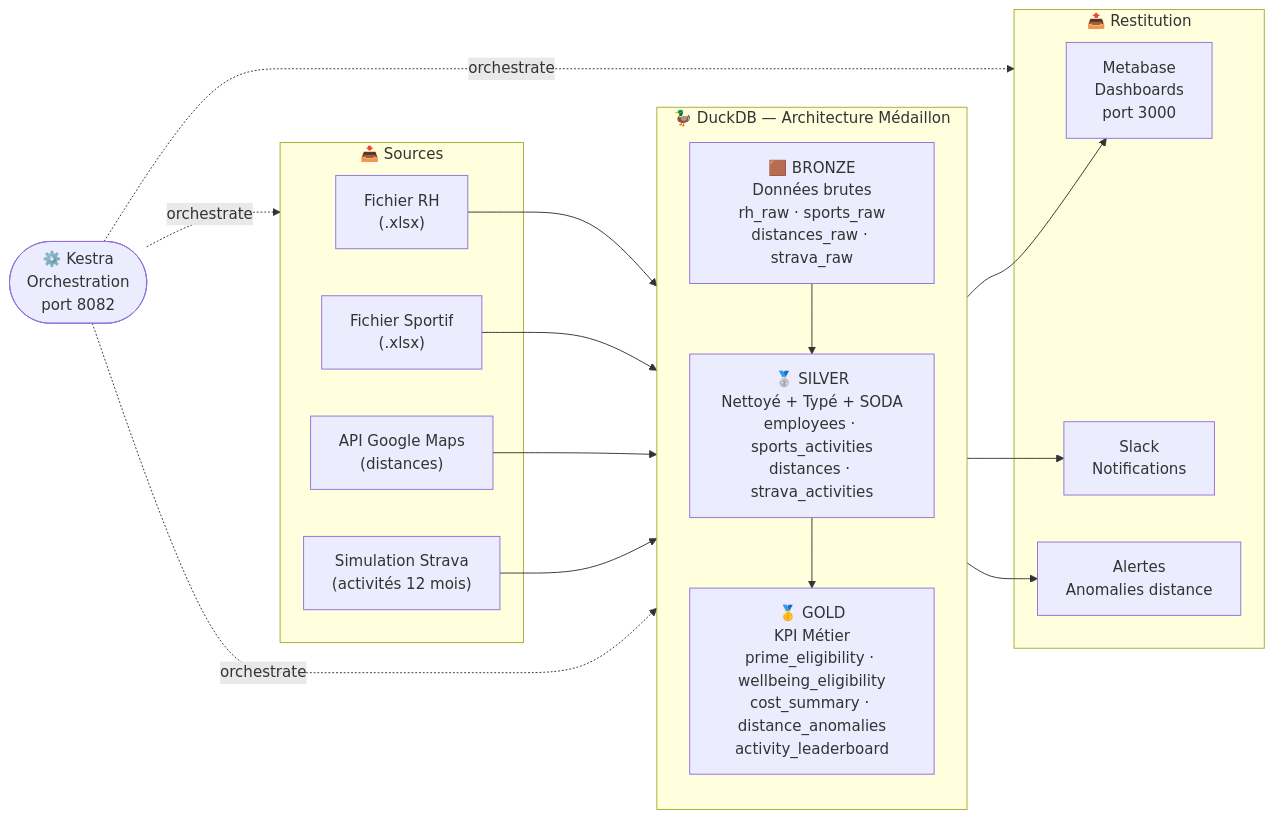
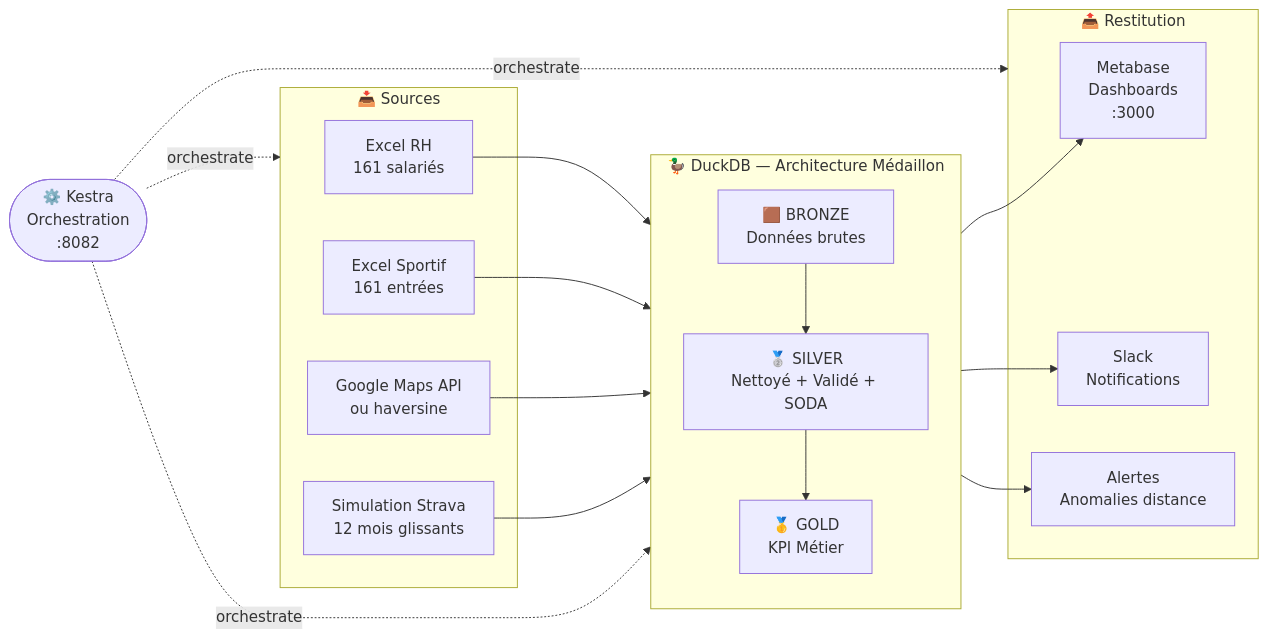
Before and after one commit to ASNIA33/poc-avantages-sportifs-scaffold: the first of 7 diagrams in README.md, drawn with Mermaid. The commit also changed other lines of this file, not shown here.

Commit message:
docs(readme): refonte complète avec navigation, badges, Mermaid et troubleshooting

````diff
--- a/README.md
+++ b/README.md
@@ -43,37 +75,33 @@
 ```mermaid
 flowchart LR
     subgraph Sources["📥 Sources"]
-        RH["Fichier RH\n(.xlsx)"]
-        Sports["Fichier Sportif\n(.xlsx)"]
-        GMaps["API Google Maps\n(distances)"]
-        Strava["Simulation Strava\n(activités 12 mois)"]
+        RH["Excel RH\n161 salariés"]
+        SP["Excel Sportif\n161 entrées"]
+        GM["Google Maps API\nou haversine"]
+        ST["Simulation Strava\n12 mois glissants"]
     end
 
     subgraph DuckDB["🦆 DuckDB — Architecture Médaillon"]
         direction TB
-        Bronze["🟫 BRONZE\nDonnées brutes\nrh_raw · sports_raw\ndistances_raw · strava_raw"]
-        Silver["🥈 SILVER\nNettoyé + Typé + SODA\nemployees · sports_activities\ndistances · strava_activities"]
-        Gold["🥇 GOLD\nKPI Métier\nprime_eligibility · wellbeing_eligibility\ncost_summary · distance_anomalies\nactivity_leaderboard"]
-        Bronze --> Silver --> Gold
+        BR["🟫 BRONZE\nDonnées brutes"]
+        SI["🥈 SILVER\nNettoyé + Validé + SODA"]
+        GO["🥇 GOLD\nKPI Métier"]
+        BR --> SI --> GO
     end
 
-    subgraph Restitution["📤 Restitution"]
-        Metabase["Metabase\nDashboards\nport 3000"]
-        Slack["Slack\nNotifications"]
-        Alertes["Alertes\nAnomalies distance"]
+    subgraph Outputs["📤 Restitution"]
+        MB["Metabase\nDashboards\n:3000"]
+        SL["Slack\nNotifications"]
+        AL["Alertes\nAnomalies distance"]
     end
 
-    Kestra(["⚙️ Kestra\nOrchestration\nport 8082"])
+    KE(["⚙️ Kestra\nOrchestration\n:8082"])
 
-    RH --> Bronze
-    Sports --> Bronze
-    GMaps --> Bronze
-    Strava --> Bronze
-    Gold --> Metabase
-    Gold --> Slack
-    Gold --> Alertes
-
-    Kestra -.->|orchestrate| Sources
-    Kestra -.->|orchestrate| DuckDB
-    Kestra -.->|orchestrate| Restitution
+    RH & SP --> BR
+    GM --> BR
+    ST --> BR
+    GO --> MB & SL & AL
+    KE -.->|orchestrate| Sources
+    KE -.->|orchestrate| DuckDB
+    KE -.->|orchestrate| Outputs
 ```
````
